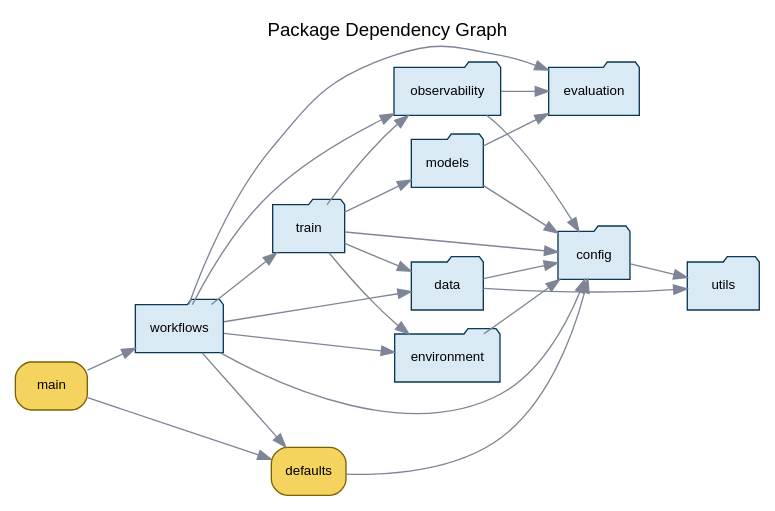
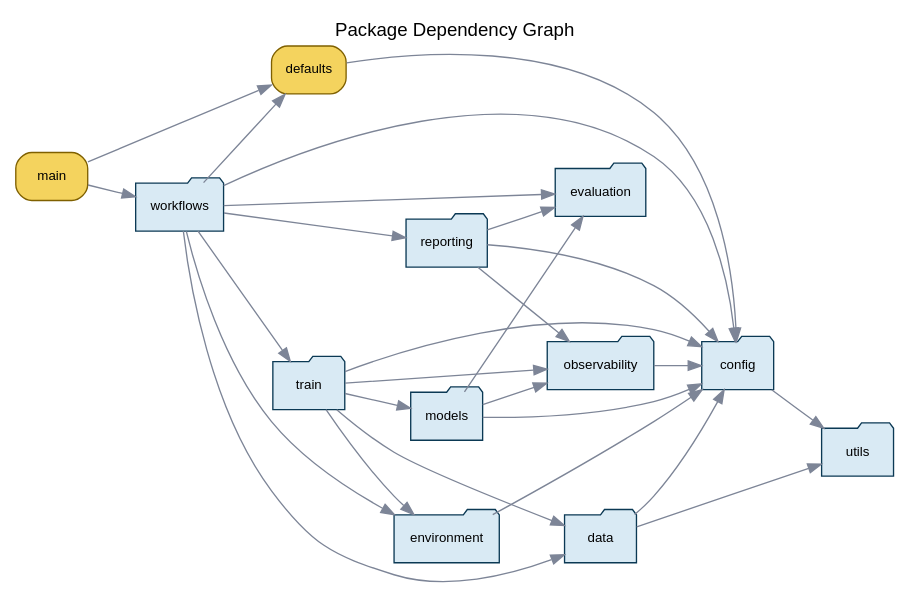
The diagram in docs/dependency_graphs/package_graph.dot (danCoder93/ENSF617-Probabilistic-Glucose-Forecasting), drawn with Graphviz before and after one commit. The commit also changed 11 other files, not shown here.

Commit message:
updating dependency graphs

```diff
--- a/docs/dependency_graphs/package_graph.dot
+++ b/docs/dependency_graphs/package_graph.dot
@@ -1,42 +1,46 @@
 digraph dependencies {
   label="Package Dependency Graph";
   labelloc=t;
   fontname="Helvetica";
   rankdir=LR;
   node [fontname="Helvetica", fontsize=10];
   edge [fontname="Helvetica", fontsize=9, color="#7d8597"];
   "config" [label="config", shape="folder", style="filled", fillcolor="#d9eaf4", color="#0b3954"];
   "data" [label="data", shape="folder", style="filled", fillcolor="#d9eaf4", color="#0b3954"];
   "defaults" [label="defaults", shape="box", style="filled,rounded", fillcolor="#f4d35e", color="#7f6000"];
   "environment" [label="environment", shape="folder", style="filled", fillcolor="#d9eaf4", color="#0b3954"];
   "evaluation" [label="evaluation", shape="folder", style="filled", fillcolor="#d9eaf4", color="#0b3954"];
   "main" [label="main", shape="box", style="filled,rounded", fillcolor="#f4d35e", color="#7f6000"];
   "models" [label="models", shape="folder", style="filled", fillcolor="#d9eaf4", color="#0b3954"];
   "observability" [label="observability", shape="folder", style="filled", fillcolor="#d9eaf4", color="#0b3954"];
+  "reporting" [label="reporting", shape="folder", style="filled", fillcolor="#d9eaf4", color="#0b3954"];
   "train" [label="train", shape="folder", style="filled", fillcolor="#d9eaf4", color="#0b3954"];
   "utils" [label="utils", shape="folder", style="filled", fillcolor="#d9eaf4", color="#0b3954"];
   "workflows" [label="workflows", shape="folder", style="filled", fillcolor="#d9eaf4", color="#0b3954"];
   "config" -> "utils" [color="#7d8597", style="solid"];
   "data" -> "config" [color="#7d8597", style="solid"];
   "data" -> "utils" [color="#7d8597", style="solid"];
   "defaults" -> "config" [color="#7d8597", style="solid"];
   "environment" -> "config" [color="#7d8597", style="solid"];
   "main" -> "defaults" [color="#7d8597", style="solid"];
   "main" -> "workflows" [color="#7d8597", style="solid"];
   "models" -> "config" [color="#7d8597", style="solid"];
   "models" -> "evaluation" [color="#7d8597", style="solid"];
+  "models" -> "observability" [color="#7d8597", style="solid"];
   "observability" -> "config" [color="#7d8597", style="solid"];
-  "observability" -> "evaluation" [color="#7d8597", style="solid"];
+  "reporting" -> "config" [color="#7d8597", style="solid"];
+  "reporting" -> "evaluation" [color="#7d8597", style="solid"];
+  "reporting" -> "observability" [color="#7d8597", style="solid"];
   "train" -> "config" [color="#7d8597", style="solid"];
   "train" -> "data" [color="#7d8597", style="solid"];
   "train" -> "environment" [color="#7d8597", style="solid"];
   "train" -> "models" [color="#7d8597", style="solid"];
   "train" -> "observability" [color="#7d8597", style="solid"];
   "workflows" -> "config" [color="#7d8597", style="solid"];
   "workflows" -> "data" [color="#7d8597", style="solid"];
   "workflows" -> "defaults" [color="#7d8597", style="solid"];
   "workflows" -> "environment" [color="#7d8597", style="solid"];
   "workflows" -> "evaluation" [color="#7d8597", style="solid"];
-  "workflows" -> "observability" [color="#7d8597", style="solid"];
+  "workflows" -> "reporting" [color="#7d8597", style="solid"];
   "workflows" -> "train" [color="#7d8597", style="solid"];
 }
```
